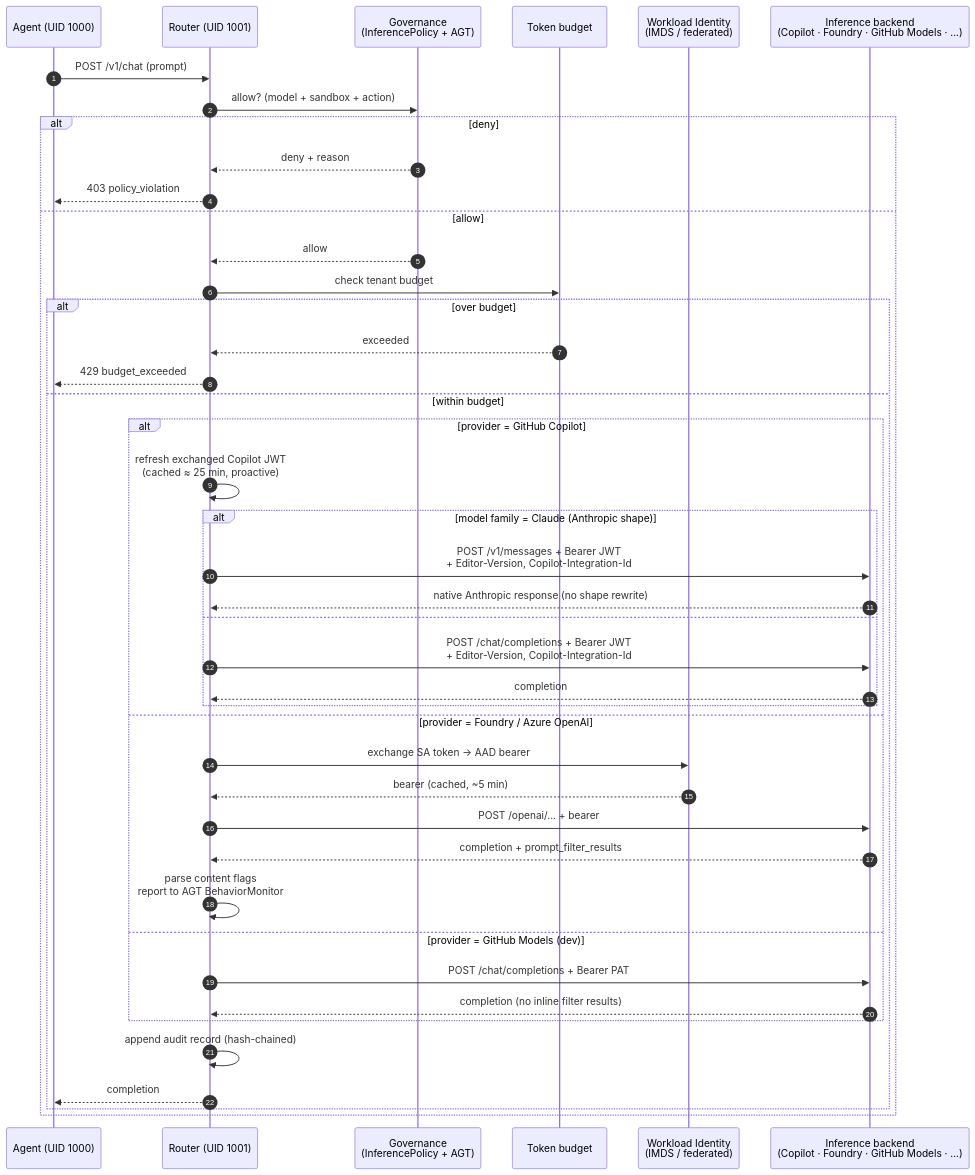
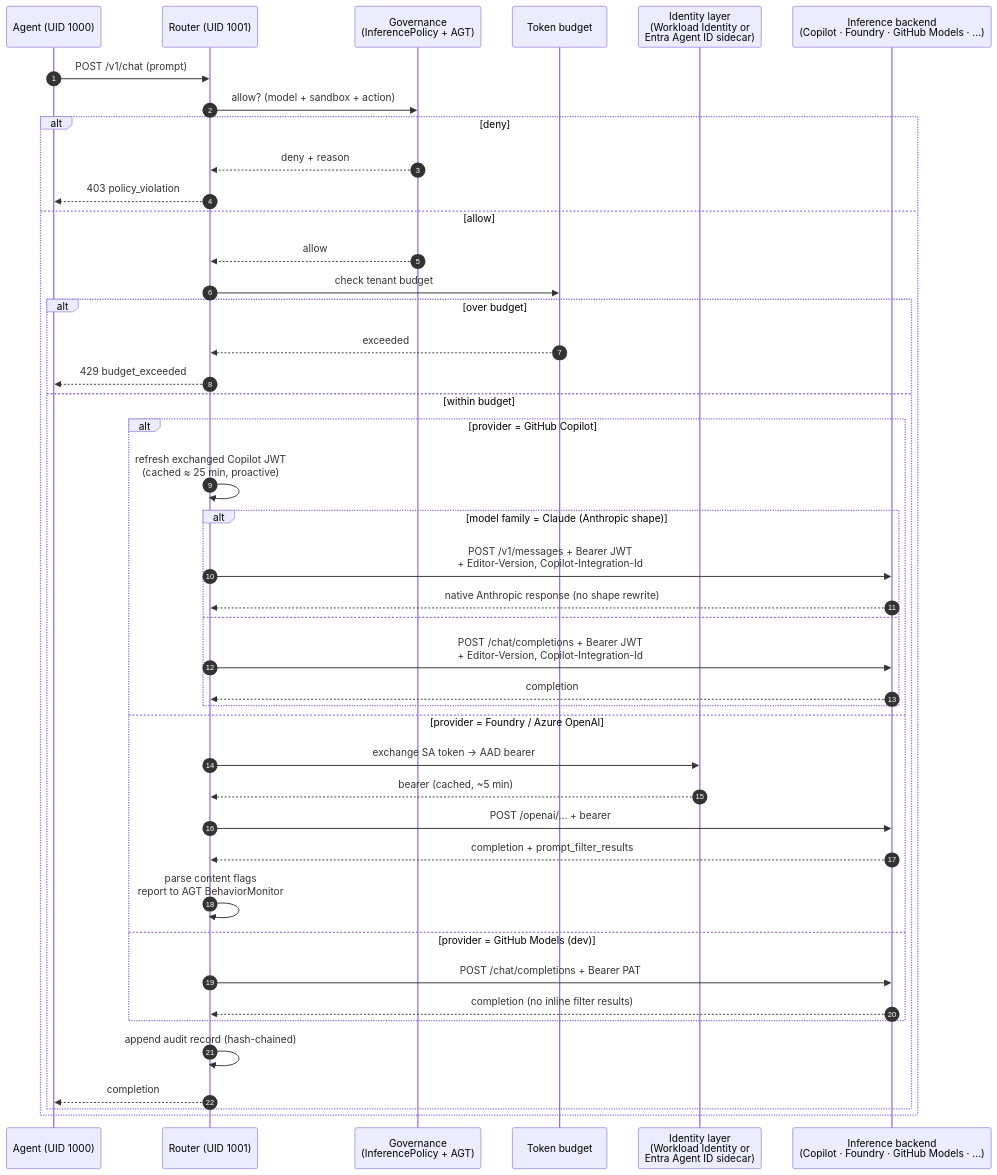
The diagram in docs/architecture.md (lachie83/kars), drawn with Mermaid before and after one commit. The commit also changed other lines of this file and 6 other files, not shown here.

First line of the commit message:
docs(readme,architecture): refresh identity story for Entra Agent ID + scrub residual azureclaw refs (#366)

````diff
--- a/docs/architecture.md
+++ b/docs/architecture.md
@@ -82,46 +84,46 @@
 ```mermaid
 sequenceDiagram
   autonumber
   participant Agent as Agent (UID 1000)
   participant Router as Router (UID 1001)
   participant Gov as Governance<br/>(InferencePolicy + AGT)
   participant Budget as Token budget
-  participant WI as Workload Identity<br/>(IMDS / federated)
+  participant WI as Identity layer<br/>(Workload Identity or<br/>Entra Agent ID sidecar)
   participant Model as Inference backend<br/>(Copilot · Foundry · GitHub Models · ...)
 
   Agent->>Router: POST /v1/chat (prompt)
   Router->>Gov: allow? (model + sandbox + action)
   alt deny
     Gov-->>Router: deny + reason
     Router-->>Agent: 403 policy_violation
   else allow
     Gov-->>Router: allow
     Router->>Budget: check tenant budget
     alt over budget
       Budget-->>Router: exceeded
       Router-->>Agent: 429 budget_exceeded
     else within budget
       alt provider = GitHub Copilot
         Router->>Router: refresh exchanged Copilot JWT<br/>(cached ≈ 25 min, proactive)
         alt model family = Claude (Anthropic shape)
           Router->>Model: POST /v1/messages + Bearer JWT<br/>+ Editor-Version, Copilot-Integration-Id
           Model-->>Router: native Anthropic response (no shape rewrite)
         else
           Router->>Model: POST /chat/completions + Bearer JWT<br/>+ Editor-Version, Copilot-Integration-Id
           Model-->>Router: completion
         end
       else provider = Foundry / Azure OpenAI
         Router->>WI: exchange SA token → AAD bearer
         WI-->>Router: bearer (cached, ~5 min)
         Router->>Model: POST /openai/... + bearer
         Model-->>Router: completion + prompt_filter_results
         Router->>Router: parse content flags<br/>report to AGT BehaviorMonitor
       else provider = GitHub Models (dev)
         Router->>Model: POST /chat/completions + Bearer PAT
         Model-->>Router: completion (no inline filter results)
       end
       Router->>Router: append audit record (hash-chained)
       Router-->>Agent: completion
     end
   end
 ```
````
